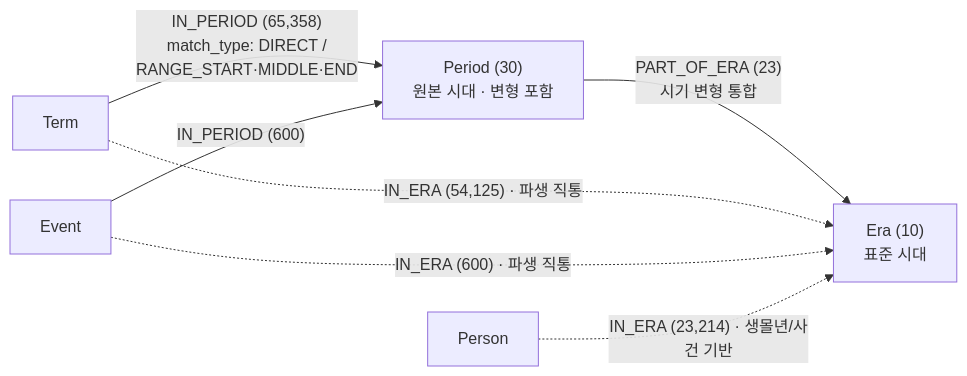
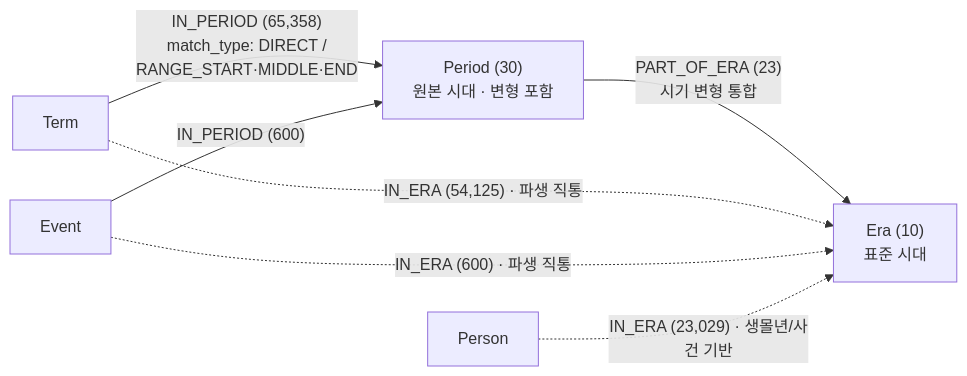
The fifth of 7 diagrams in docs/neo4j/neo4j_그래프_스키마_mermaid.md (SKNETWORKS-FAMILY-AICAMP/SKN27-FINAL-2Team), drawn with Mermaid before and after one commit. The commit also changed other lines of this file and 20 other files, not shown here.

````diff
--- a/docs/neo4j/neo4j_그래프_스키마_mermaid.md
+++ b/docs/neo4j/neo4j_그래프_스키마_mermaid.md
@@ -158,15 +160,15 @@
 ```mermaid
 flowchart LR
     Term["Term"]
     Event["Event"]
     Person["Person"]
     Period["Period (30)<br/>원본 시대 · 변형 포함"]
     Era["Era (10)<br/>표준 시대"]
 
     Term -->|"IN_PERIOD (65,358)<br/>match_type: DIRECT /<br/>RANGE_START·MIDDLE·END"| Period
     Event -->|"IN_PERIOD (600)"| Period
     Period -->|"PART_OF_ERA (23)<br/>시기 변형 통합"| Era
     Term -.->|"IN_ERA (54,125) · 파생 직통"| Era
     Event -.->|"IN_ERA (600) · 파생 직통"| Era
-    Person -.->|"IN_ERA (23,214) · 생몰년/사건 기반"| Era
+    Person -.->|"IN_ERA (23,029) · 생몰년/사건 기반"| Era
 ```
````
